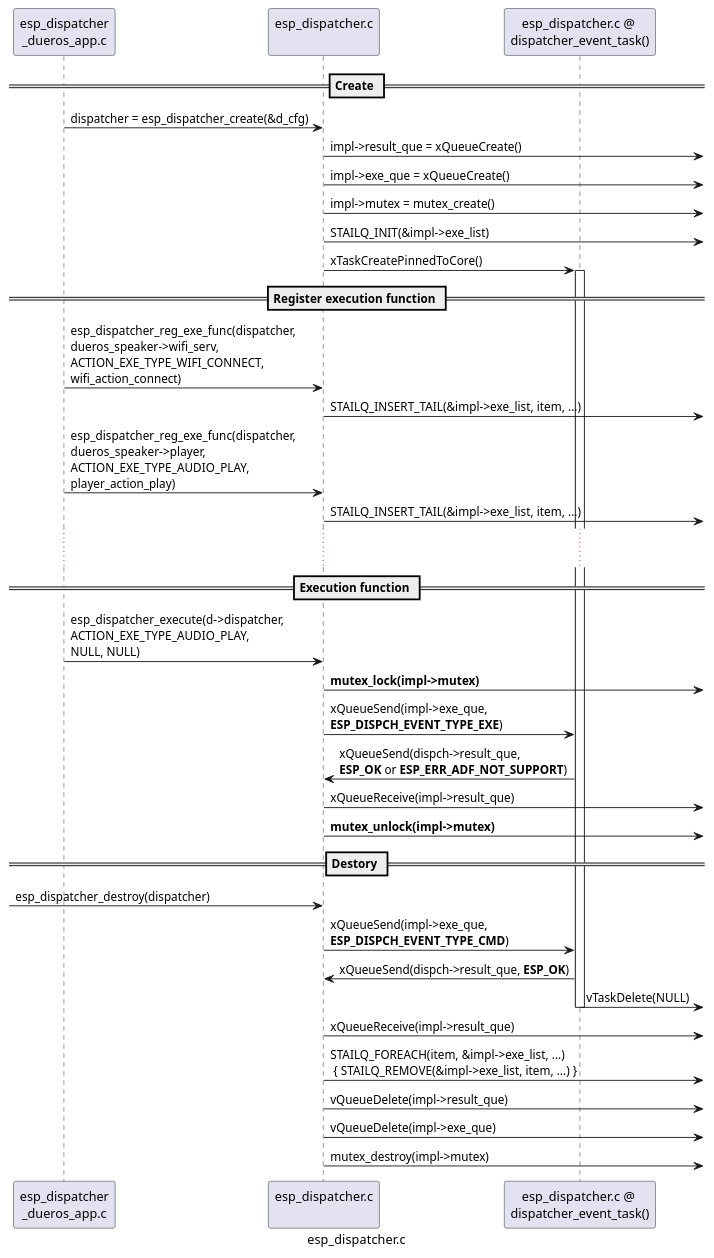
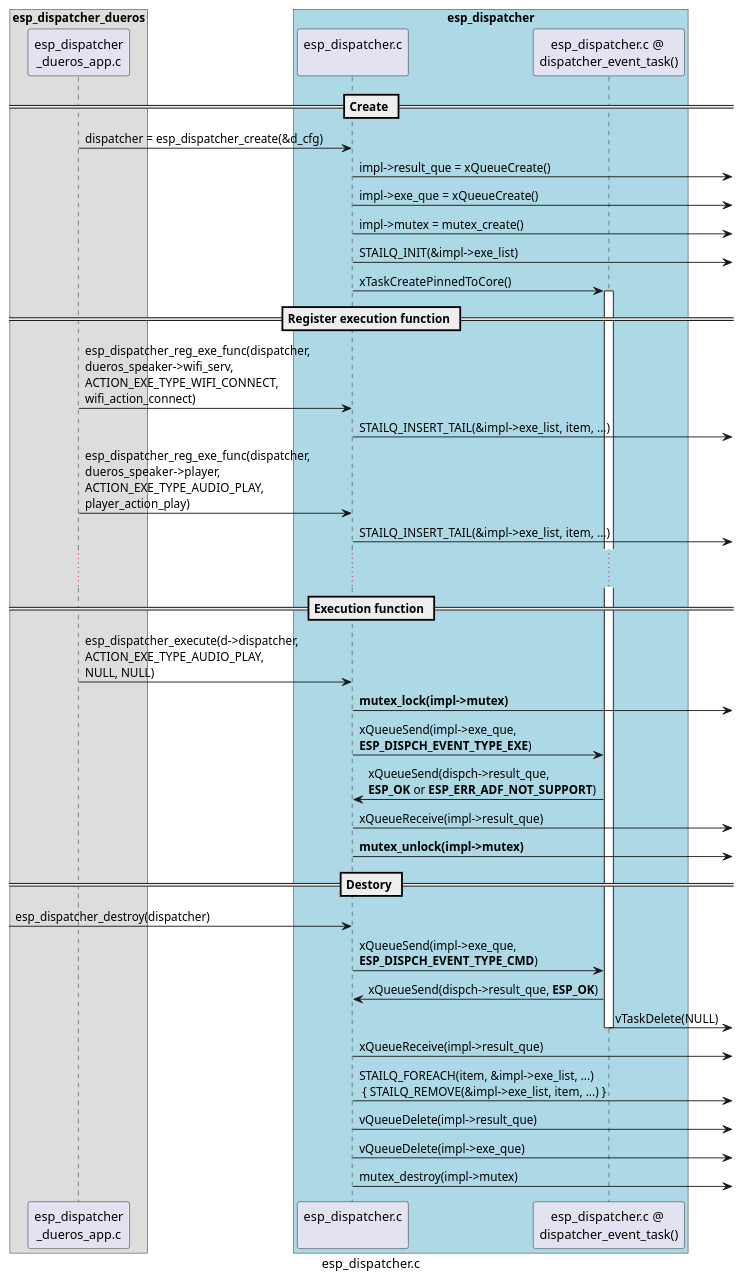
One commit to liangzhu2008/learn-esp-adf changed the first of 5 diagrams in docs/inside-dispatcher/esp_dispatcher.rst. Above: the diagram before and after it, drawn with PlantUML. The commit also changed other lines of this file and 14 other files, not shown here.

Commit message:
用 plantweb 替换 plantuml.jar & graphviz

```diff
--- a/docs/inside-dispatcher/esp_dispatcher.rst
+++ b/docs/inside-dispatcher/esp_dispatcher.rst
@@ -10,46 +10,51 @@
 .. uml::
 
     caption esp_dispatcher.c
 
-    participant "esp_dispatcher\n_dueros_app.c" as esp_app order 10
-    participant "esp_dispatcher.c\n" as esp_component order 50
-    participant "esp_dispatcher.c @ \ndispatcher_event_task()" as component_task order 60
+    box "esp_dispatcher_dueros"
+    participant "esp_dispatcher\n_dueros_app.c"         as example           order 10
+    end box
+
+    box "esp_dispatcher" #LightBlue
+    participant "esp_dispatcher.c\n"                    as dispatcher_comp   order 20
+    participant "esp_dispatcher.c @ \ndispatcher_event_task()" as dispatcher_task   order 30
+    end box
       
     == Create ==
-    esp_app -> esp_component : dispatcher = esp_dispatcher_create(&d_cfg)
+    example -> dispatcher_comp : dispatcher = esp_dispatcher_create(&d_cfg)
 
-    esp_component ->] : impl->result_que = xQueueCreate()
-    esp_component ->] : impl->exe_que = xQueueCreate()
-    esp_component ->] : impl->mutex = mutex_create()
-    esp_component ->] : STAILQ_INIT(&impl->exe_list)
-    esp_component -> component_task : xTaskCreatePinnedToCore()
-    activate component_task 
+    dispatcher_comp ->] : impl->result_que = xQueueCreate()
+    dispatcher_comp ->] : impl->exe_que = xQueueCreate()
+    dispatcher_comp ->] : impl->mutex = mutex_create()
+    dispatcher_comp ->] : STAILQ_INIT(&impl->exe_list)
+    dispatcher_comp -> dispatcher_task : xTaskCreatePinnedToCore()
+    activate dispatcher_task 
 
     == Register execution function ==
-    esp_app -> esp_component : esp_dispatcher_reg_exe_func(dispatcher, \ndueros_speaker->wifi_serv, \nACTION_EXE_TYPE_WIFI_CONNECT, \nwifi_action_connect)
-    esp_component ->] : STAILQ_INSERT_TAIL(&impl->exe_list, item, ...)
-    esp_app -> esp_component : esp_dispatcher_reg_exe_func(dispatcher, \ndueros_speaker->player, \nACTION_EXE_TYPE_AUDIO_PLAY, \nplayer_action_play)
-    esp_component ->] : STAILQ_INSERT_TAIL(&impl->exe_list, item, ...)
+    example -> dispatcher_comp  : esp_dispatcher_reg_exe_func(dispatcher, \ndueros_speaker->wifi_serv, \nACTION_EXE_TYPE_WIFI_CONNECT, \nwifi_action_connect)
+    dispatcher_comp ->]         : STAILQ_INSERT_TAIL(&impl->exe_list, item, ...)
+    example -> dispatcher_comp  : esp_dispatcher_reg_exe_func(dispatcher, \ndueros_speaker->player, \nACTION_EXE_TYPE_AUDIO_PLAY, \nplayer_action_play)
+    dispatcher_comp ->]         : STAILQ_INSERT_TAIL(&impl->exe_list, item, ...)
     ...  ...
     
     == Execution function ==
-    esp_app -> esp_component : esp_dispatcher_execute(d->dispatcher, \nACTION_EXE_TYPE_AUDIO_PLAY, \nNULL, NULL)
-    esp_component ->] : **mutex_lock(impl->mutex)**
-    esp_component -> component_task : xQueueSend(impl->exe_que, \n**ESP_DISPCH_EVENT_TYPE_EXE**)
-    component_task -> esp_component : xQueueSend(dispch->result_que, \n**ESP_OK** or **ESP_ERR_ADF_NOT_SUPPORT**)
-    esp_component ->] : xQueueReceive(impl->result_que)
-    esp_component ->] : **mutex_unlock(impl->mutex)**
+    example -> dispatcher_comp  : esp_dispatcher_execute(d->dispatcher, \nACTION_EXE_TYPE_AUDIO_PLAY, \nNULL, NULL)
+    dispatcher_comp ->]         : **mutex_lock(impl->mutex)**
+    dispatcher_comp -> dispatcher_task : xQueueSend(impl->exe_que, \n**ESP_DISPCH_EVENT_TYPE_EXE**)
+    dispatcher_task -> dispatcher_comp : xQueueSend(dispch->result_que, \n**ESP_OK** or **ESP_ERR_ADF_NOT_SUPPORT**)
+    dispatcher_comp ->]         : xQueueReceive(impl->result_que)
+    dispatcher_comp ->]         : **mutex_unlock(impl->mutex)**
 
     == Destory ==
-    [-> esp_component : esp_dispatcher_destroy(dispatcher)
+    [-> dispatcher_comp : esp_dispatcher_destroy(dispatcher)
 
-    esp_component -> component_task : xQueueSend(impl->exe_que, \n**ESP_DISPCH_EVENT_TYPE_CMD**)
-    component_task -> esp_component : xQueueSend(dispch->result_que, **ESP_OK**)
-    component_task ->] : vTaskDelete(NULL)
-    deactivate component_task 
+    dispatcher_comp -> dispatcher_task : xQueueSend(impl->exe_que, \n**ESP_DISPCH_EVENT_TYPE_CMD**)
+    dispatcher_task -> dispatcher_comp : xQueueSend(dispch->result_que, **ESP_OK**)
+    dispatcher_task ->] : vTaskDelete(NULL)
+    deactivate dispatcher_task 
 
-    esp_component ->] : xQueueReceive(impl->result_que)
-    esp_component ->] : STAILQ_FOREACH(item, &impl->exe_list, ...) \n { STAILQ_REMOVE(&impl->exe_list, item, ...) }
-    esp_component ->] : vQueueDelete(impl->result_que)
-    esp_component ->] : vQueueDelete(impl->exe_que)
-    esp_component ->] : mutex_destroy(impl->mutex)
+    dispatcher_comp ->] : xQueueReceive(impl->result_que)
+    dispatcher_comp ->] : STAILQ_FOREACH(item, &impl->exe_list, ...) \n { STAILQ_REMOVE(&impl->exe_list, item, ...) }
+    dispatcher_comp ->] : vQueueDelete(impl->result_que)
+    dispatcher_comp ->] : vQueueDelete(impl->exe_que)
+    dispatcher_comp ->] : mutex_destroy(impl->mutex)
```
